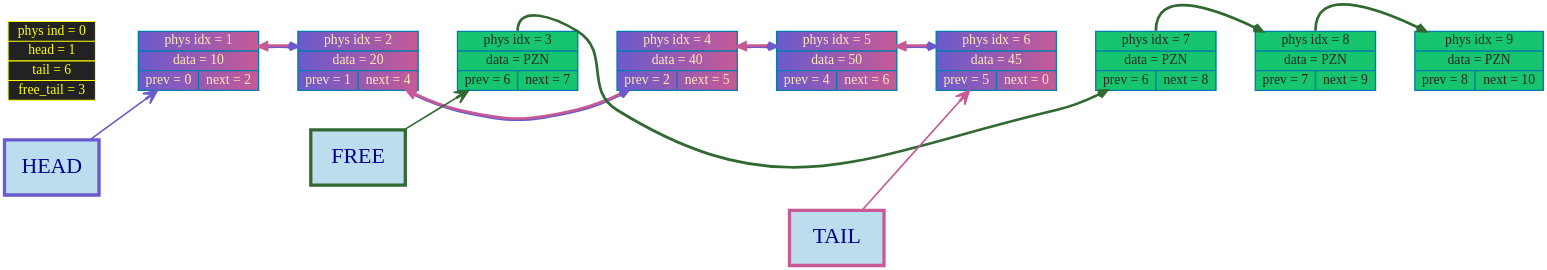
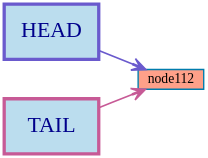
The diagram in graphDumps/graphDump.dot (timoko3/list), drawn with Graphviz before and after one commit. The commit also changed 22 other files, not shown here.

```diff
--- a/graphDumps/graphDump.dot
+++ b/graphDumps/graphDump.dot
@@ -1,51 +1,15 @@
 digraph G {
 rankdir=LR
 bgcolor="transparent"
 nodesep = 1;
 ranksep = 1
 	node [shape=record, style="filled", fillcolor="#FFA089", fontcolor="black", color="#007CAD", penwidth=2.5, fontname="Tahoma", fontsize=25];
 
 edge [color="#2d714f", arrowsize=1, penwidth=5, arrowhead="vee", style="bold"];
-node0 [label="phys ind = 0 | head = 1 | tail = 6 | free_tail = 3", shape=record, style="filled", fillcolor="#222222", fontcolor="yellow", color="yellow", penwidth=2];
-	node1 [label="phys idx = 1 | data = 10 | {prev = 0 | next = 2} "];
-	node2 [label="phys idx = 2 | data = 20 | {prev = 1 | next = 4} "];
-	node3 [label="phys idx = 3 | data = PZN | {prev = 6 | next = 7} "];
-	node4 [label="phys idx = 4 | data = 40 | {prev = 2 | next = 5} "];
-	node5 [label="phys idx = 5 | data = 50 | {prev = 4 | next = 6} "];
-	node6 [label="phys idx = 6 | data = 45 | {prev = 5 | next = 0} "];
-	node7 [label="phys idx = 7 | data = PZN | {prev = 6 | next = 8} "];
-	node8 [label="phys idx = 8 | data = PZN | {prev = 7 | next = 9} "];
-	node9 [label="phys idx = 9 | data = PZN | {prev = 8 | next = 10} "];
 
 head_label      [shape=box, width = 2.4, height = 1.4, label="HEAD", style="filled", fillcolor="#BBDDEE", color="#6A5ACD", penwidth = 6,  fontcolor="darkblue", fontsize = 40];
 tail_label      [shape=box, width = 2.4, height = 1.4, label="TAIL", style="filled", fillcolor="#BBDDEE", color="#c75a96ff", penwidth = 6,  fontcolor="darkblue", fontsize = 40];
-free_head_label [shape=box, width = 2.4, height = 1.4, label="FREE", style="filled", fillcolor="#BBDDEE", color="#326932", penwidth = 6,  fontcolor="darkblue", fontsize = 40];
-head_label      -> node1 [color="#6A5ACD"  , arrowsize=2.5, penwidth=3];
-tail_label      -> node6 [color="#c75a96ff"  , arrowsize=2.5, penwidth=3];
-free_head_label -> node3 [color="#326932"  , arrowsize=2.5, penwidth=3];
-node0 -> node1[style=invis, weight = 100000];
-	node1 -> node2 -> node3 -> node4 -> node5 -> node6 -> node7 -> node8 -> node9[style=invis, weight=1000000];
-	node1 [fillcolor = "#6A5ACD:#c75a96ff", fontcolor = "#ffe9b5ff"]
-node2 [fillcolor = "#c75a96ff:#c75a96ff", fontcolor = "#ffe9b5ff"]
-node1 -> node2[color="#6A5ACD:#c75a96ff", arrowsize=1.5, penwidth=5, weight=1000, constraint=false, dir = both];
-node2 [fillcolor = "#6A5ACD:#c75a96ff", fontcolor = "#ffe9b5ff"]
-node4 [fillcolor = "#c75a96ff:#c75a96ff", fontcolor = "#ffe9b5ff"]
-node2 -> node4[color="#6A5ACD:#c75a96ff", arrowsize=1.5, penwidth=5, weight=1000, constraint=false, dir = both];
-node3 [fillcolor = "#16c56eff", fontcolor = "#222926ff"]
-node7 [fillcolor = "#16c56eff", fontcolor = "#222926ff"]
-node3 -> node7[color="#326932", arrowsize=1.5, penwidth=5, weight=1000, constraint=false, tailport = n];
-node4 [fillcolor = "#6A5ACD:#c75a96ff", fontcolor = "#ffe9b5ff"]
-node5 [fillcolor = "#c75a96ff:#c75a96ff", fontcolor = "#ffe9b5ff"]
-node4 -> node5[color="#6A5ACD:#c75a96ff", arrowsize=1.5, penwidth=5, weight=1000, constraint=false, dir = both];
-node5 [fillcolor = "#6A5ACD:#c75a96ff", fontcolor = "#ffe9b5ff"]
-node6 [fillcolor = "#c75a96ff:#c75a96ff", fontcolor = "#ffe9b5ff"]
-node5 -> node6[color="#6A5ACD:#c75a96ff", arrowsize=1.5, penwidth=5, weight=1000, constraint=false, dir = both];
-node6 [fillcolor = "#6A5ACD:#c75a96ff", fontcolor = "#ffe9b5ff"]
-node7 [fillcolor = "#16c56eff", fontcolor = "#222926ff"]
-node8 [fillcolor = "#16c56eff", fontcolor = "#222926ff"]
-node7 -> node8[color="#326932", arrowsize=1.5, penwidth=5, weight=1000, constraint=false, tailport = n];
-node8 [fillcolor = "#16c56eff", fontcolor = "#222926ff"]
-node9 [fillcolor = "#16c56eff", fontcolor = "#222926ff"]
-node8 -> node9[color="#326932", arrowsize=1.5, penwidth=5, weight=1000, constraint=false, tailport = n];
-
+head_label      -> node112 [color="#6A5ACD"  , arrowsize=2.5, penwidth=3];
+tail_label      -> node112 [color="#c75a96ff"  , arrowsize=2.5, penwidth=3];
+		
 }
```
